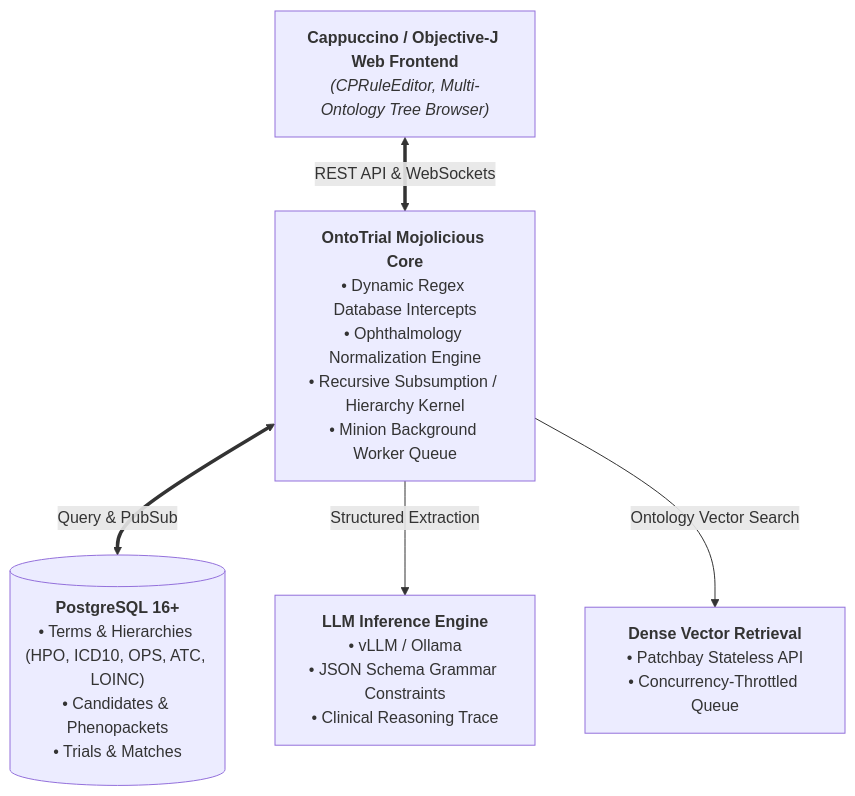
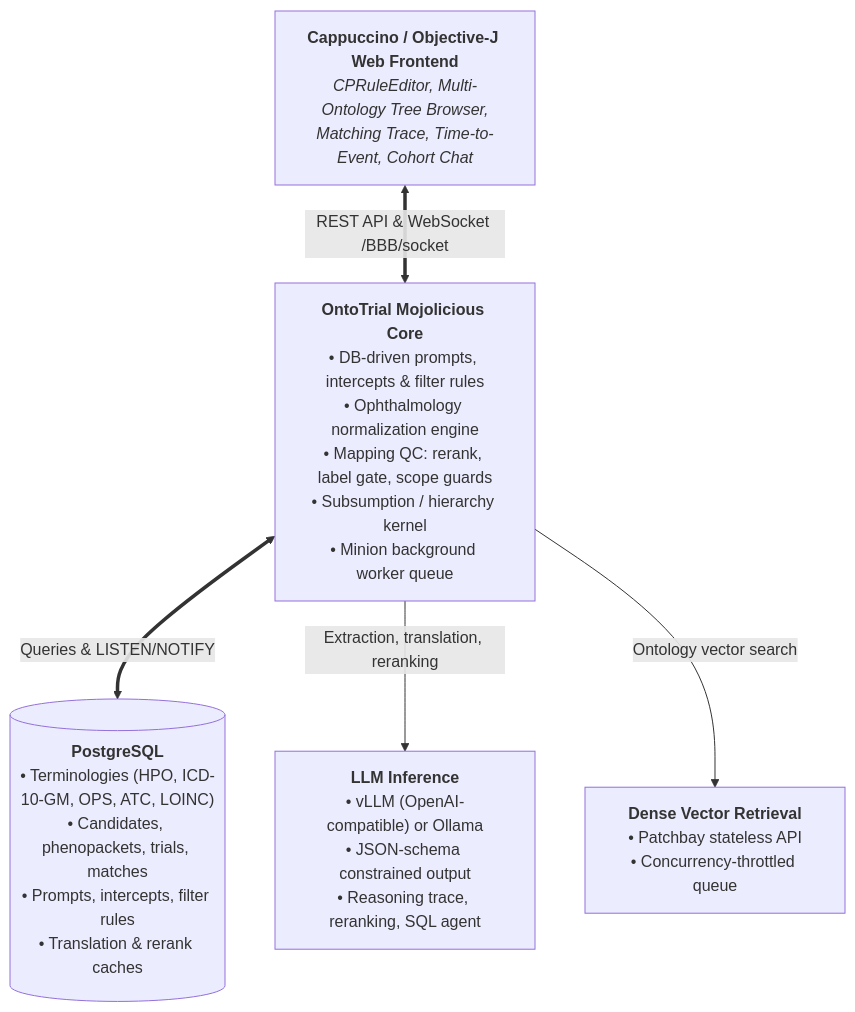
The first of 2 diagrams in README.md (daboe01/OntoTrial), drawn with Mermaid before and after one commit. The commit also changed other lines of this file, not shown here.

````diff
--- a/README.md
+++ b/README.md
@@ -33,17 +58,17 @@
 ```mermaid
 flowchart TD
-    UI["<b>Cappuccino / Objective-J Web Frontend</b><br/><i>(CPRuleEditor, Multi-Ontology Tree Browser)</i>"]
-    
-    CORE["<b>OntoTrial Mojolicious Core</b><br/>• Dynamic Regex Database Intercepts<br/>• Ophthalmology Normalization Engine<br/>• Recursive Subsumption / Hierarchy Kernel<br/>• Minion Background Worker Queue"]
+    UI["<b>Cappuccino / Objective-J Web Frontend</b><br/><i>CPRuleEditor, Multi-Ontology Tree Browser,<br/>Matching Trace, Time-to-Event, Cohort Chat</i>"]
 
-    DB[("<b>PostgreSQL 16+</b><br/>• Terms & Hierarchies (HPO, ICD10, OPS, ATC, LOINC)<br/>• Candidates & Phenopackets<br/>• Trials & Matches")]
-    
-    LLM["<b>LLM Inference Engine</b><br/>• vLLM / Ollama<br/>• JSON Schema Grammar Constraints<br/>• Clinical Reasoning Trace"]
-    
-    VEC["<b>Dense Vector Retrieval</b><br/>• Patchbay Stateless API<br/>• Concurrency-Throttled Queue"]
+    CORE["<b>OntoTrial Mojolicious Core</b><br/>• DB-driven prompts, intercepts & filter rules<br/>• Ophthalmology normalization engine<br/>• Mapping QC: rerank, label gate, scope guards<br/>• Subsumption / hierarchy kernel<br/>• Minion background worker queue"]
 
-    UI <==>|REST API & WebSockets| CORE
-    CORE <==>|Query & PubSub| DB
-    CORE -->|Structured Extraction| LLM
-    CORE -->|Ontology Vector Search| VEC
+    DB[("<b>PostgreSQL</b><br/>• Terminologies (HPO, ICD-10-GM, OPS, ATC, LOINC)<br/>• Candidates, phenopackets, trials, matches<br/>• Prompts, intercepts, filter rules<br/>• Translation & rerank caches")]
+
+    LLM["<b>LLM Inference</b><br/>• vLLM (OpenAI-compatible) or Ollama<br/>• JSON-schema constrained output<br/>• Reasoning trace, reranking, SQL agent"]
+
+    VEC["<b>Dense Vector Retrieval</b><br/>• Patchbay stateless API<br/>• Concurrency-throttled queue"]
+
+    UI <==>|REST API & WebSocket /BBB/socket| CORE
+    CORE <==>|Queries & LISTEN/NOTIFY| DB
+    CORE -->|Extraction, translation, reranking| LLM
+    CORE -->|Ontology vector search| VEC
 ```
````
